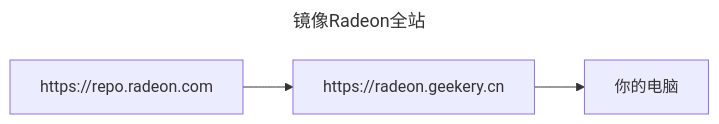
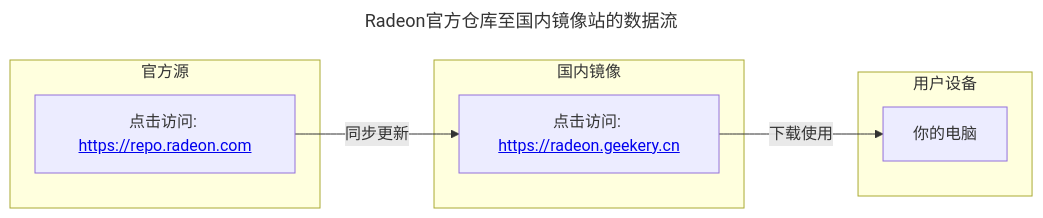
One commit to Paper-Dragon/notebook changed the diagram in src/free-service/radeon-mirror.md. Above: the diagram before and after it, drawn with Mermaid. The commit also changed 3 other files, not shown here.

````diff
--- a/src/free-service/radeon-mirror.md
+++ b/src/free-service/radeon-mirror.md
@@ -15,9 +15,19 @@
 ```mermaid
 ---
-title: 镜像Radeon全站
+title: Radeon官方仓库至国内镜像站的数据流
 ---
 
 flowchart LR;
-    A["https://repo.radeon.com"] --> B["https://radeon.geekery.cn"] --> C["你的电脑"];
+    subgraph 官方源
+        A[点击访问: <a href="https://repo.radeon.com" target="_blank">https://repo.radeon.com</a>]
+    end
+    subgraph 国内镜像
+        B[点击访问: <a href="https://radeon.geekery.cn" target="_blank">https://radeon.geekery.cn</a>]
+    end
+    subgraph 用户设备
+        C["你的电脑"]
+    end
+    A -->|同步更新| B
+    B -->|下载使用| C
 
 ```
````
